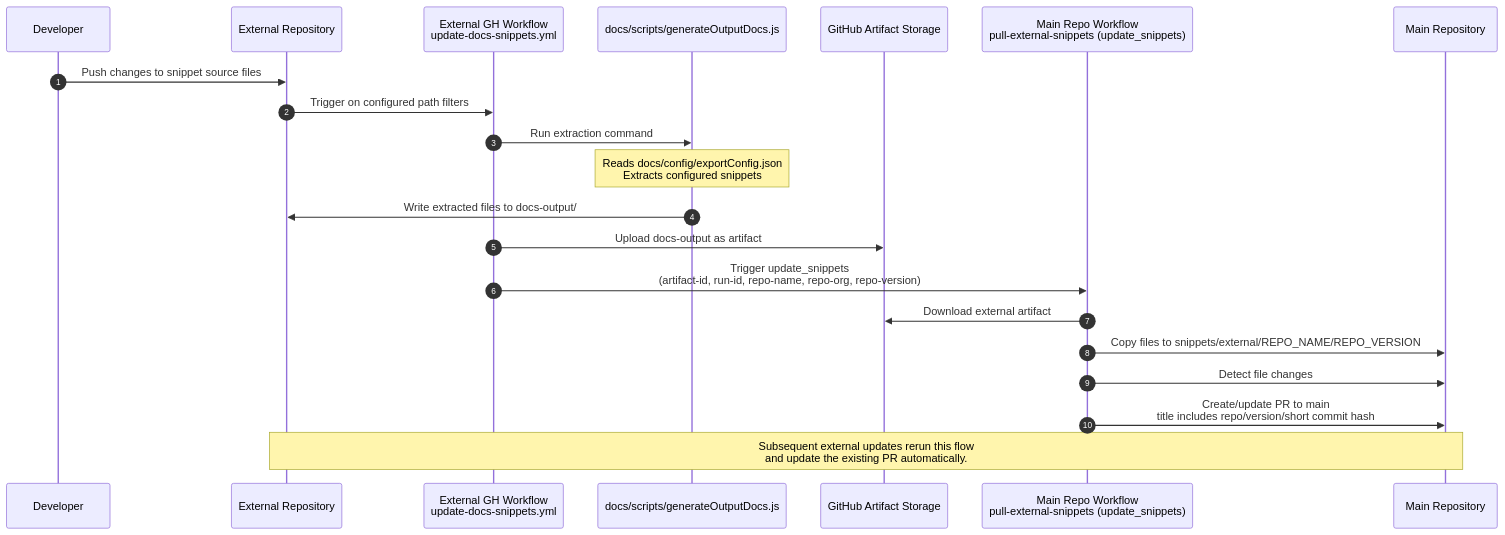
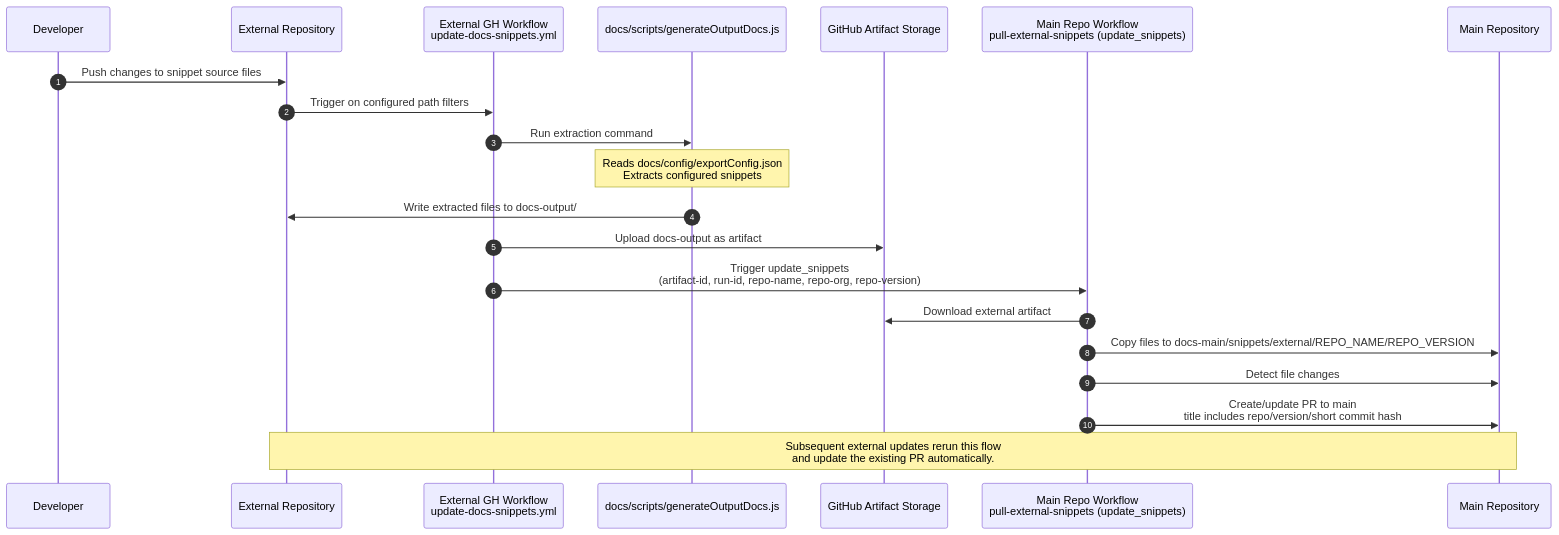
Before and after one commit to canton-network/cf-docs: the diagram in config/snippet-config/update-workflows.md, drawn with Mermaid. The commit also changed other lines of this file and 666 other files, not shown here.

````diff
--- a/config/snippet-config/update-workflows.md
+++ b/config/snippet-config/update-workflows.md
@@ -89,26 +89,26 @@
 ```mermaid
 sequenceDiagram
   autonumber
   participant Dev as Developer
   participant ExtRepo as External Repository
   participant ExtWF as External GH Workflow<br/>update-docs-snippets.yml
   participant ExtScript as docs/scripts/generateOutputDocs.js
   participant Artifact as GitHub Artifact Storage
   participant MainWF as Main Repo Workflow<br/>pull-external-snippets (update_snippets)
   participant MainRepo as Main Repository
 
   Dev->>ExtRepo: Push changes to snippet source files
   ExtRepo->>ExtWF: Trigger on configured path filters
   ExtWF->>ExtScript: Run extraction command
   Note over ExtScript: Reads docs/config/exportConfig.json<br/>Extracts configured snippets
   ExtScript->>ExtRepo: Write extracted files to docs-output/
   ExtWF->>Artifact: Upload docs-output as artifact
 
   ExtWF->>MainWF: Trigger update_snippets<br/>(artifact-id, run-id, repo-name, repo-org, repo-version)
   MainWF->>Artifact: Download external artifact
-  MainWF->>MainRepo: Copy files to snippets/external/REPO_NAME/REPO_VERSION
+  MainWF->>MainRepo: Copy files to docs-main/snippets/external/REPO_NAME/REPO_VERSION
   MainWF->>MainRepo: Detect file changes
   MainWF->>MainRepo: Create/update PR to main<br/>title includes repo/version/short commit hash
 
   Note over ExtRepo,MainRepo: Subsequent external updates rerun this flow<br/>and update the existing PR automatically.
 ```
````
